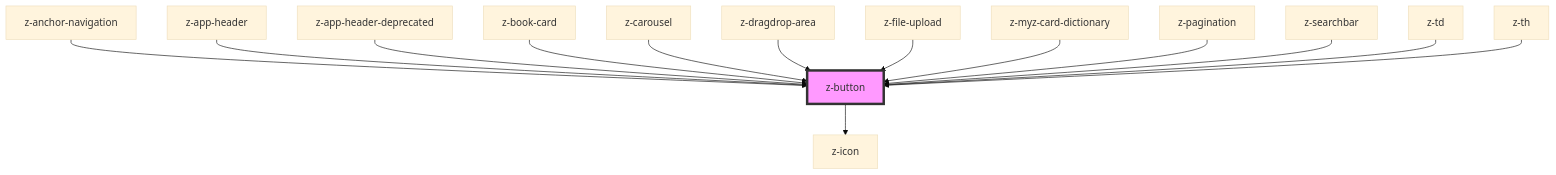
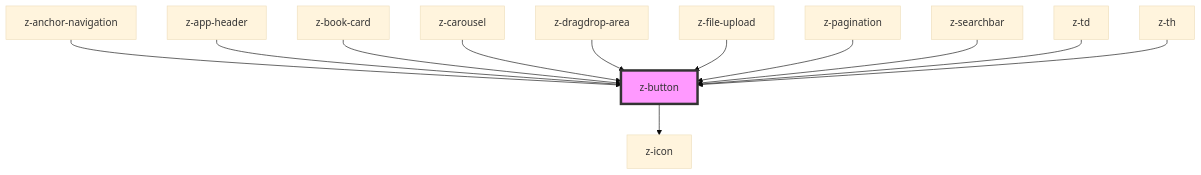
The diagram in src/components/z-button/readme.md (ZanichelliEditore/design-system), drawn with Mermaid (base theme) before and after one commit. The commit also changed other lines of this file and 119 other files, not shown here.

````diff
--- a/src/components/z-button/readme.md
+++ b/src/components/z-button/readme.md
@@ -56,17 +54,15 @@
 ```mermaid
 graph TD;
   z-button --> z-icon
   z-anchor-navigation --> z-button
   z-app-header --> z-button
-  z-app-header-deprecated --> z-button
   z-book-card --> z-button
   z-carousel --> z-button
   z-dragdrop-area --> z-button
   z-file-upload --> z-button
-  z-myz-card-dictionary --> z-button
   z-pagination --> z-button
   z-searchbar --> z-button
   z-td --> z-button
   z-th --> z-button
   style z-button fill:#f9f,stroke:#333,stroke-width:4px
 ```
````
